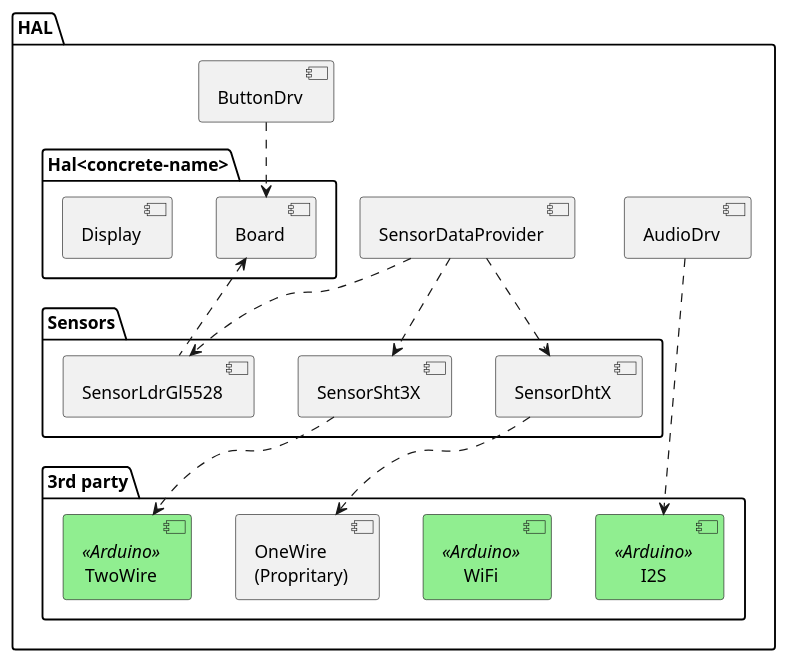
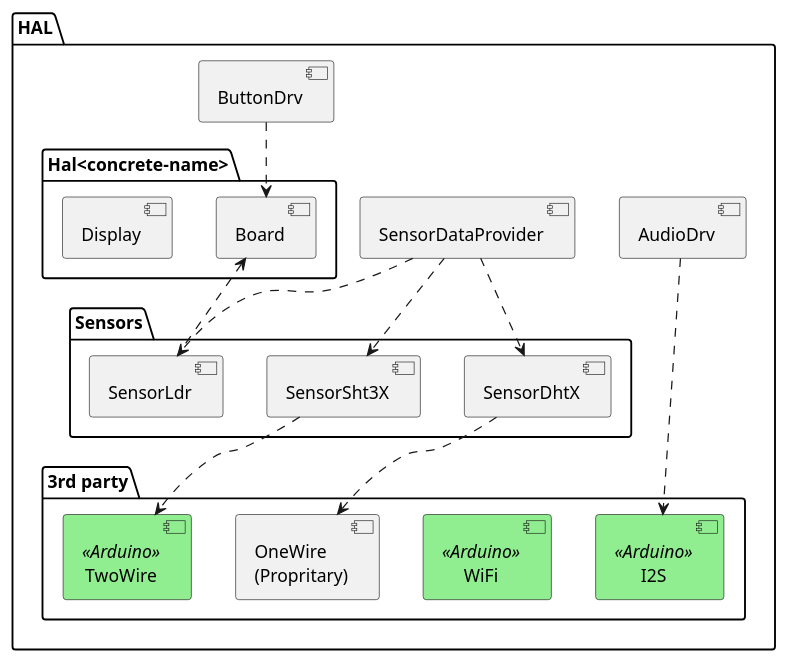
Before and after one commit to BlueAndi/Pixelix: the diagram in doc/architecture/uml/hal_layer.wsd, drawn with PlantUML. The commit also changed 4 other files, not shown here.

Commit message:
LDR sensor driver supports several different LDR types.

```diff
--- a/doc/architecture/uml/hal_layer.wsd
+++ b/doc/architecture/uml/hal_layer.wsd
@@ -1,44 +1,44 @@
 @startuml
 
 skinparam component {
     BackgroundColor<<Arduino>> Lightgreen
     BackgroundColor<<Future>> White
 }
 
 package "HAL" {
 
     component "AudioDrv" as audioDrv
     component "SensorDataProvider" as sensorDataProvider
     component "ButtonDrv" as buttonDrv
 
     package "Hal<concrete-name>" {
         component "Display" as display
         component "Board" as board
     }
 
     package "3rd party" as hal3rdParty {
 
         component "TwoWire" <<Arduino>> as twoWire
         component "WiFi" <<Arduino>> as wifi
         component "OneWire\n(Propritary)" as oneWire
         component "I2S" <<Arduino>> as i2s
     }
 
     package Sensors {
         component "SensorDhtX" as sensorDhtX
-        component "SensorLdrGl5528" as sensorLdrGl5528
+        component "SensorLdr" as sensorLdr
         component "SensorSht3X" as sensorSht3X
     }
 
     audioDrv ...> i2s
     sensorDataProvider ..> sensorSht3X
     sensorDataProvider ..> sensorDhtX
-    sensorDataProvider ..> sensorLdrGl5528
+    sensorDataProvider ..> sensorLdr
     buttonDrv ..> board
 
     sensorSht3X ..> twoWire
     sensorDhtX ..> oneWire
-    sensorLdrGl5528 .u.> board
+    sensorLdr .u.> board
 }
 
 @enduml
```
